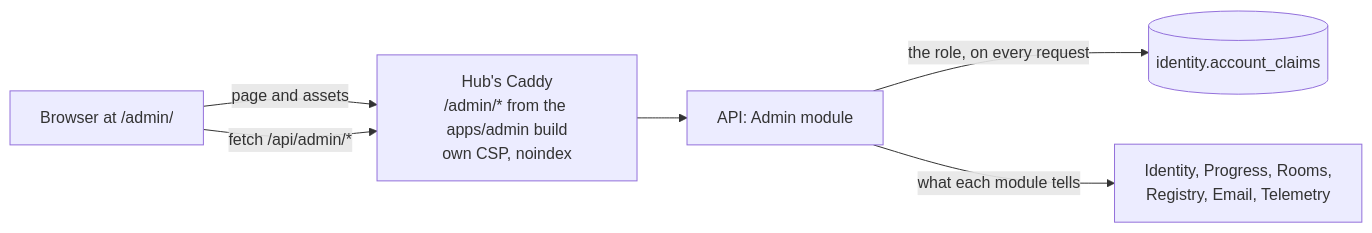
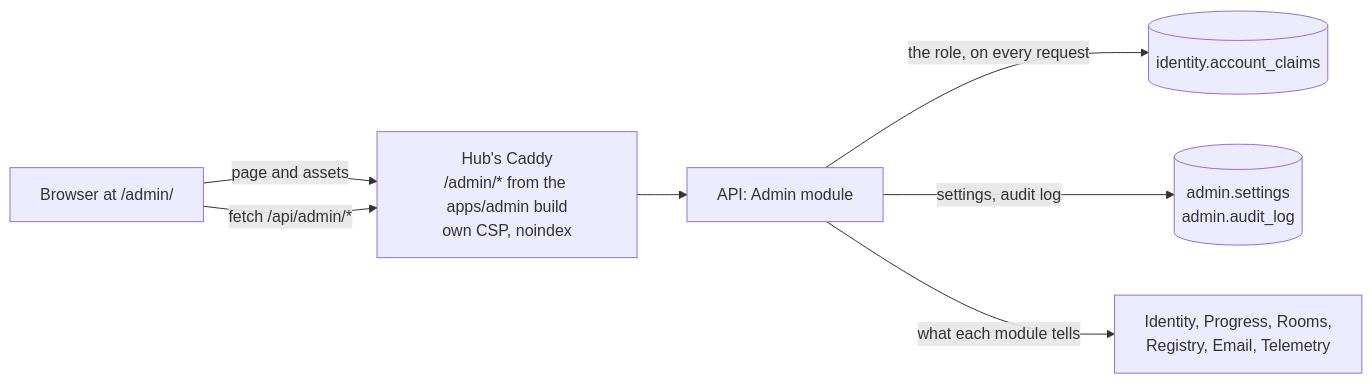
The first of 4 diagrams in docs/architecture/admin.md (vinh466/tohe-play), drawn with Mermaid before and after one commit. The commit also changed other lines of this file and 3 other files, not shown here.

First line of the commit message:
docs: the first owner, the console's two-factor authentication and its audit log

````diff
--- a/docs/architecture/admin.md
+++ b/docs/architecture/admin.md
@@ -14,8 +14,9 @@
 ```mermaid
 flowchart LR
   browser["Browser at /admin/"] -- "page and assets" --> hubsrv["Hub's Caddy<br/>/admin/* from the apps/admin build<br/>own CSP, noindex"]
   browser -- "fetch /api/admin/*" --> hubsrv
   hubsrv --> api["API: Admin module"]
   api -- "the role, on every request" --> claims[("identity.account_claims")]
+  api -- "settings, audit log" --> admin[("admin.settings<br/>admin.audit_log")]
   api -- "what each module tells" --> modules["Identity, Progress, Rooms,<br/>Registry, Email, Telemetry"]
 ```
````
